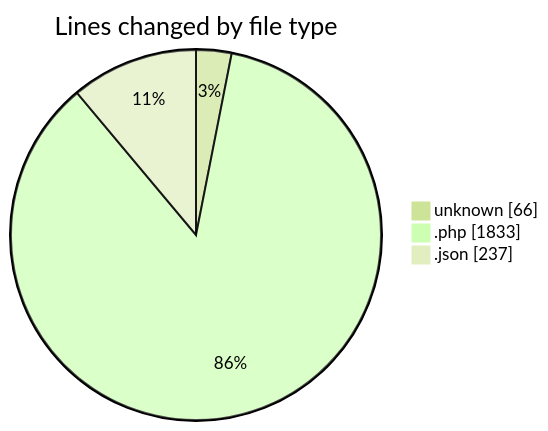
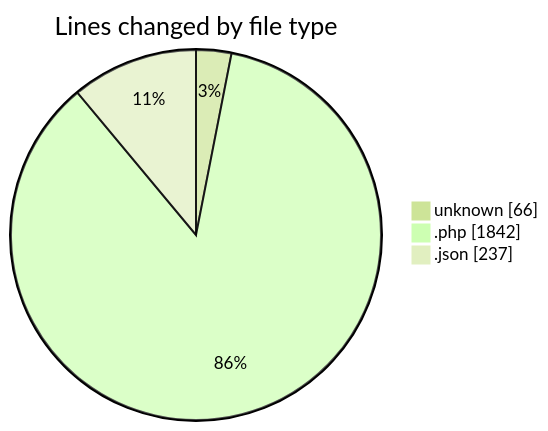
One commit to idhammustaqopulfikri/code-tracking changed the first of 2 diagrams in 2025-05-15/bookingpodcas/README.md. Above: the diagram before and after it, drawn with Mermaid (forest theme). The commit also changed other lines of this file and 1 other file, not shown here.

````diff
--- a/2025-05-15/bookingpodcas/README.md
+++ b/2025-05-15/bookingpodcas/README.md
@@ -25,7 +25,7 @@
 ```mermaid
 pie showData
 title Lines changed by file type
 "unknown" : 66
-".php" : 1833
+".php" : 1842
 ".json" : 237
 ```
````
